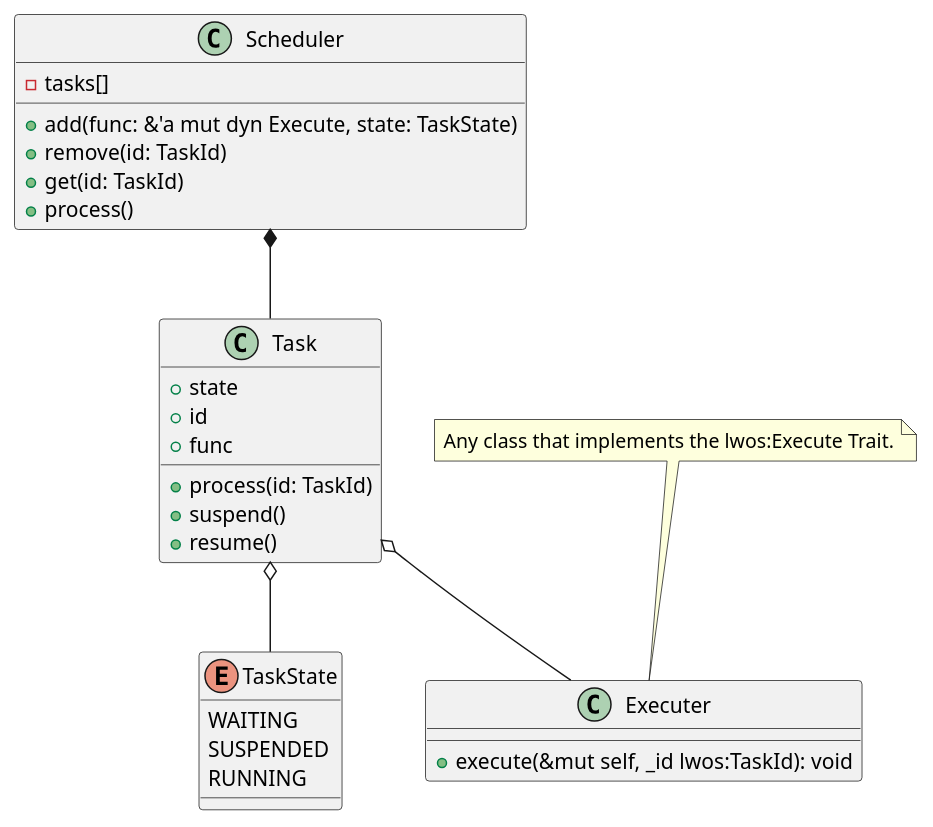
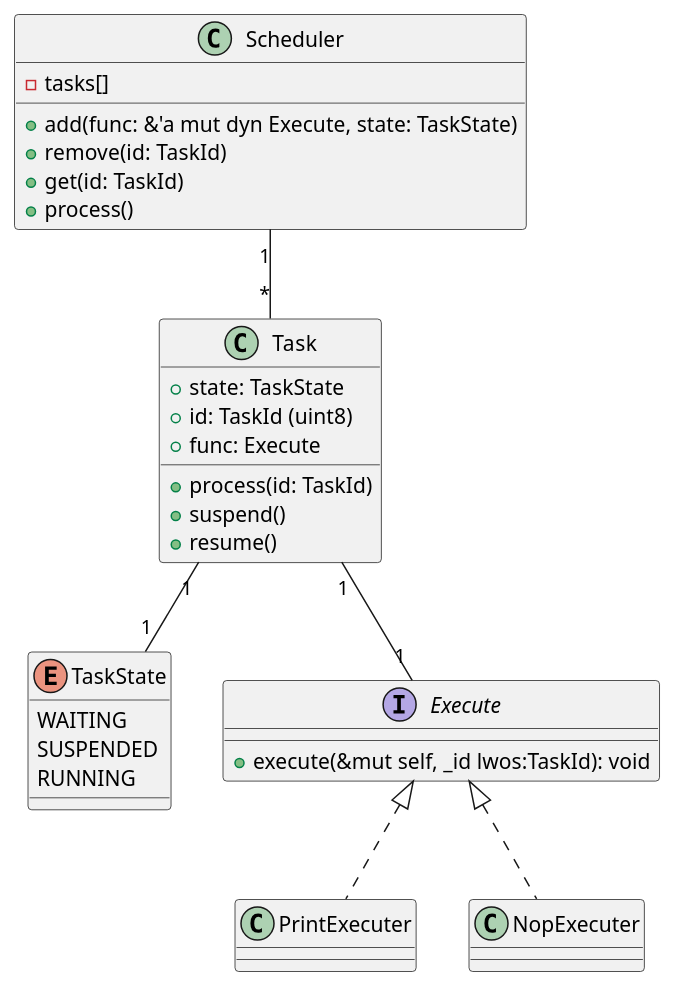
The diagram in documentation/structure.plantuml (nhjschulz/lwos), drawn with PlantUML before and after one commit.

Commit message:
Updated structure diagram.

```diff
--- a/documentation/structure.plantuml
+++ b/documentation/structure.plantuml
@@ -1,39 +1,48 @@
 @startuml lwos overview
 
 class Scheduler{
     {field} -tasks[]
 
     {method} +add(func: &'a mut dyn Execute, state: TaskState)
     {method} +remove(id: TaskId)
     {method} +get(id: TaskId)
     {method} +process()
 }
 
 
 class Task{
-    {field} +state
-    {field} +id
-    {field} +func
+    {field} +state: TaskState
+    {field} +id: TaskId (uint8)
+    {field} +func: Execute
 
     {method} +process(id: TaskId)
     {method} +suspend()
     {method} +resume()  
 }
 
 enum TaskState{
     WAITING
     SUSPENDED
     RUNNING
 }
 
-class Executer{
+interface Execute {
     {method} +execute(&mut self, _id lwos:TaskId): void
 }
 
-note top of Executer: Any class that implements the lwos:Execute Trait.
+class PrintExecuter{
+}
 
-Scheduler *-- Task
-Task o-- Executer
-Task o-- TaskState
+class NopExecuter{
+
+}
+
+
+Scheduler "1" -- "*"Task
+Task "1" -- "1" Execute
+Task "1" -- "1" TaskState
+
+Execute <|.. PrintExecuter
+Execute <|.. NopExecuter
 
 @enduml
```
